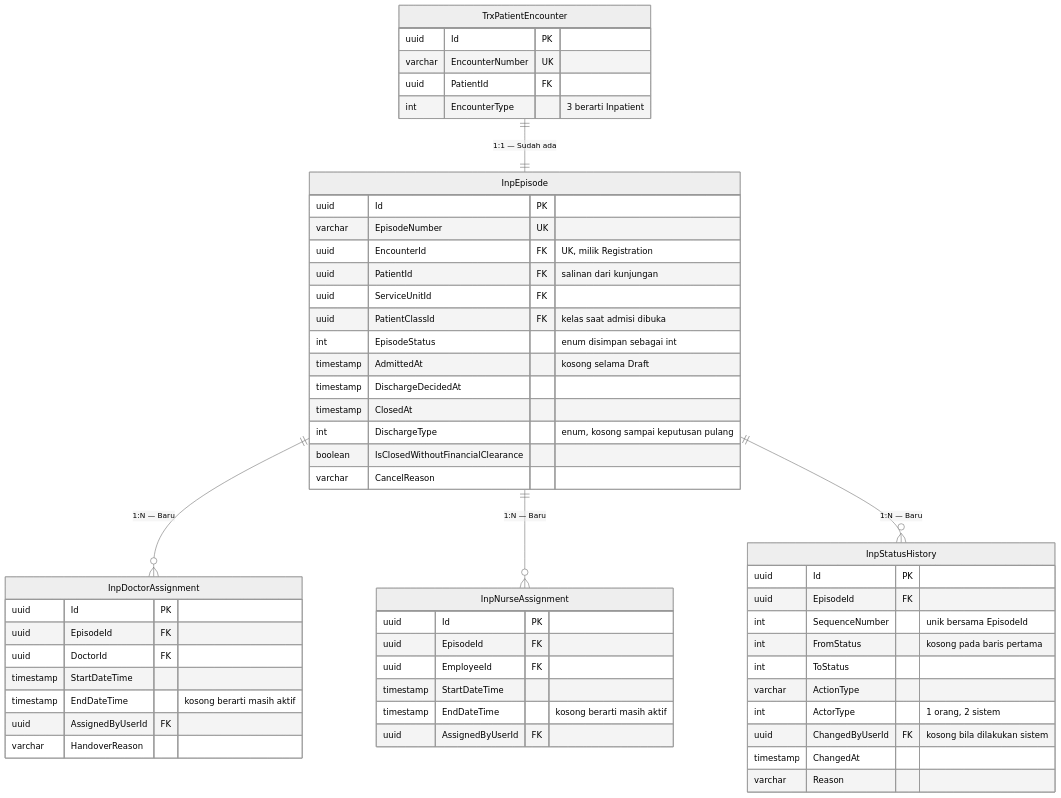
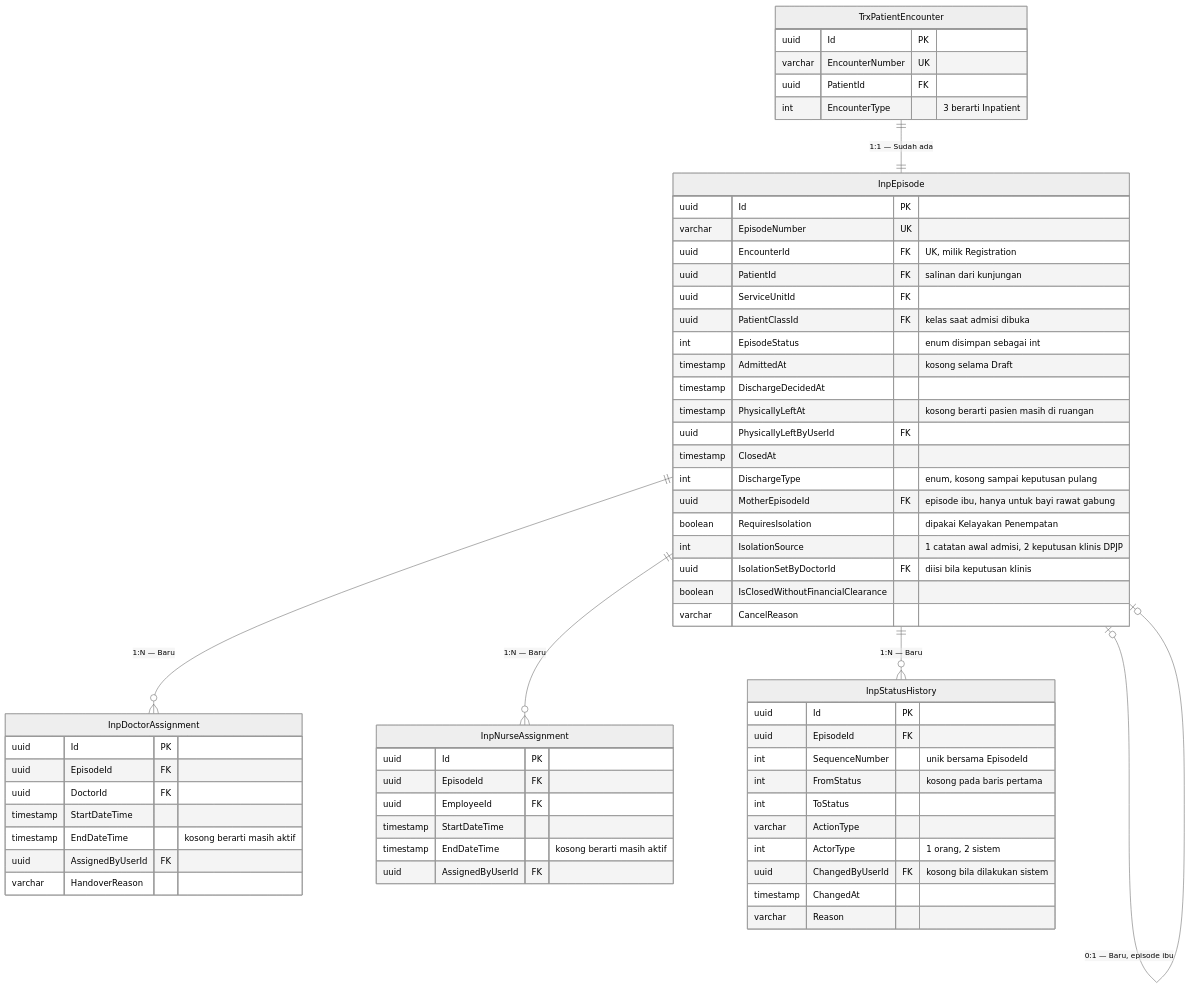
One commit to DevBenari/NewQuilvianSystemBackend changed the first of 3 diagrams in docs/module-blueprints/rawat-inap/erd/01-inpatient-episode.md. Above: the diagram before and after it, drawn with Mermaid (neutral theme). The commit also changed other lines of this file and 12 other files, not shown here.

````diff
--- a/docs/module-blueprints/rawat-inap/erd/01-inpatient-episode.md
+++ b/docs/module-blueprints/rawat-inap/erd/01-inpatient-episode.md
@@ -19,57 +19,64 @@
 ```mermaid
 erDiagram
     InpEpisode {
         uuid Id PK
         varchar EpisodeNumber UK
         uuid EncounterId FK "UK, milik Registration"
         uuid PatientId FK "salinan dari kunjungan"
         uuid ServiceUnitId FK
         uuid PatientClassId FK "kelas saat admisi dibuka"
         int EpisodeStatus "enum disimpan sebagai int"
         timestamp AdmittedAt "kosong selama Draft"
         timestamp DischargeDecidedAt
+        timestamp PhysicallyLeftAt "kosong berarti pasien masih di ruangan"
+        uuid PhysicallyLeftByUserId FK
         timestamp ClosedAt
         int DischargeType "enum, kosong sampai keputusan pulang"
+        uuid MotherEpisodeId FK "episode ibu, hanya untuk bayi rawat gabung"
+        boolean RequiresIsolation "dipakai Kelayakan Penempatan"
+        int IsolationSource "1 catatan awal admisi, 2 keputusan klinis DPJP"
+        uuid IsolationSetByDoctorId FK "diisi bila keputusan klinis"
         boolean IsClosedWithoutFinancialClearance
         varchar CancelReason
     }
     InpDoctorAssignment {
         uuid Id PK
         uuid EpisodeId FK
         uuid DoctorId FK
         timestamp StartDateTime
         timestamp EndDateTime "kosong berarti masih aktif"
         uuid AssignedByUserId FK
         varchar HandoverReason
     }
     InpNurseAssignment {
         uuid Id PK
         uuid EpisodeId FK
         uuid EmployeeId FK
         timestamp StartDateTime
         timestamp EndDateTime "kosong berarti masih aktif"
         uuid AssignedByUserId FK
     }
     InpStatusHistory {
         uuid Id PK
         uuid EpisodeId FK
         int SequenceNumber "unik bersama EpisodeId"
         int FromStatus "kosong pada baris pertama"
         int ToStatus
         varchar ActionType
         int ActorType "1 orang, 2 sistem"
         uuid ChangedByUserId FK "kosong bila dilakukan sistem"
         timestamp ChangedAt
         varchar Reason
     }
     TrxPatientEncounter {
         uuid Id PK
         varchar EncounterNumber UK
         uuid PatientId FK
         int EncounterType "3 berarti Inpatient"
     }
+    InpEpisode |o--o| InpEpisode : "0:1 — Baru, episode ibu"
     TrxPatientEncounter ||--|| InpEpisode : "1:1 — Sudah ada"
     InpEpisode ||--o{ InpDoctorAssignment : "1:N — Baru"
     InpEpisode ||--o{ InpNurseAssignment : "1:N — Baru"
     InpEpisode ||--o{ InpStatusHistory : "1:N — Baru"
 ```
````
